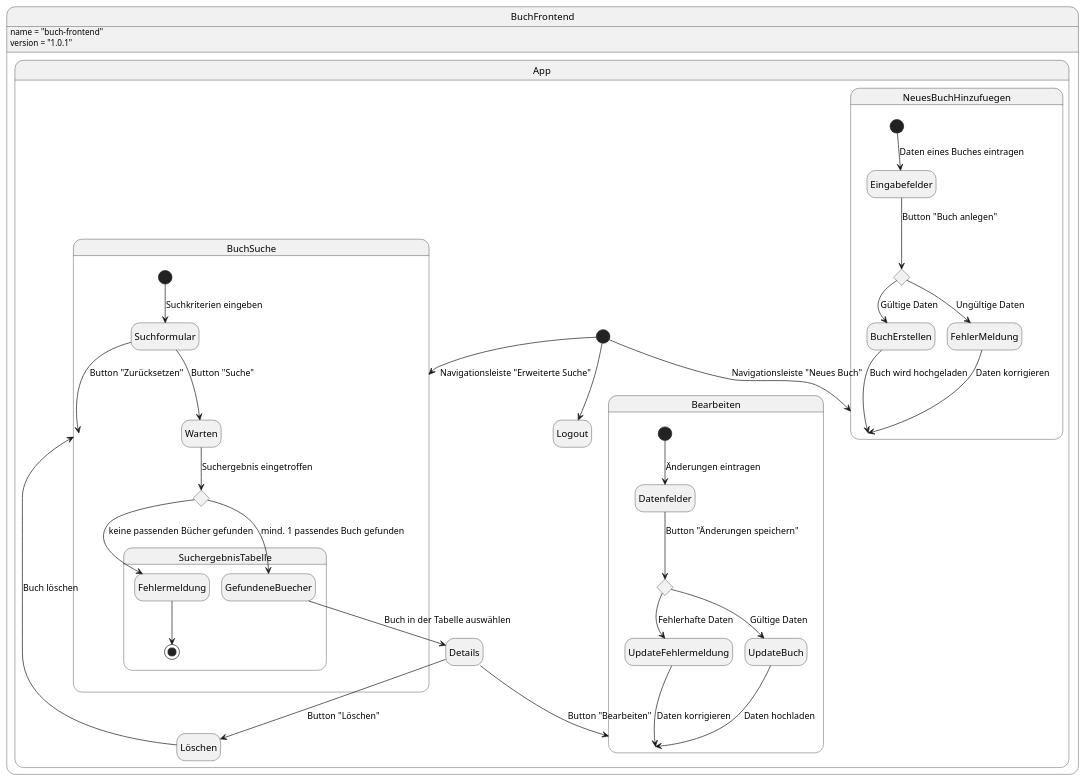
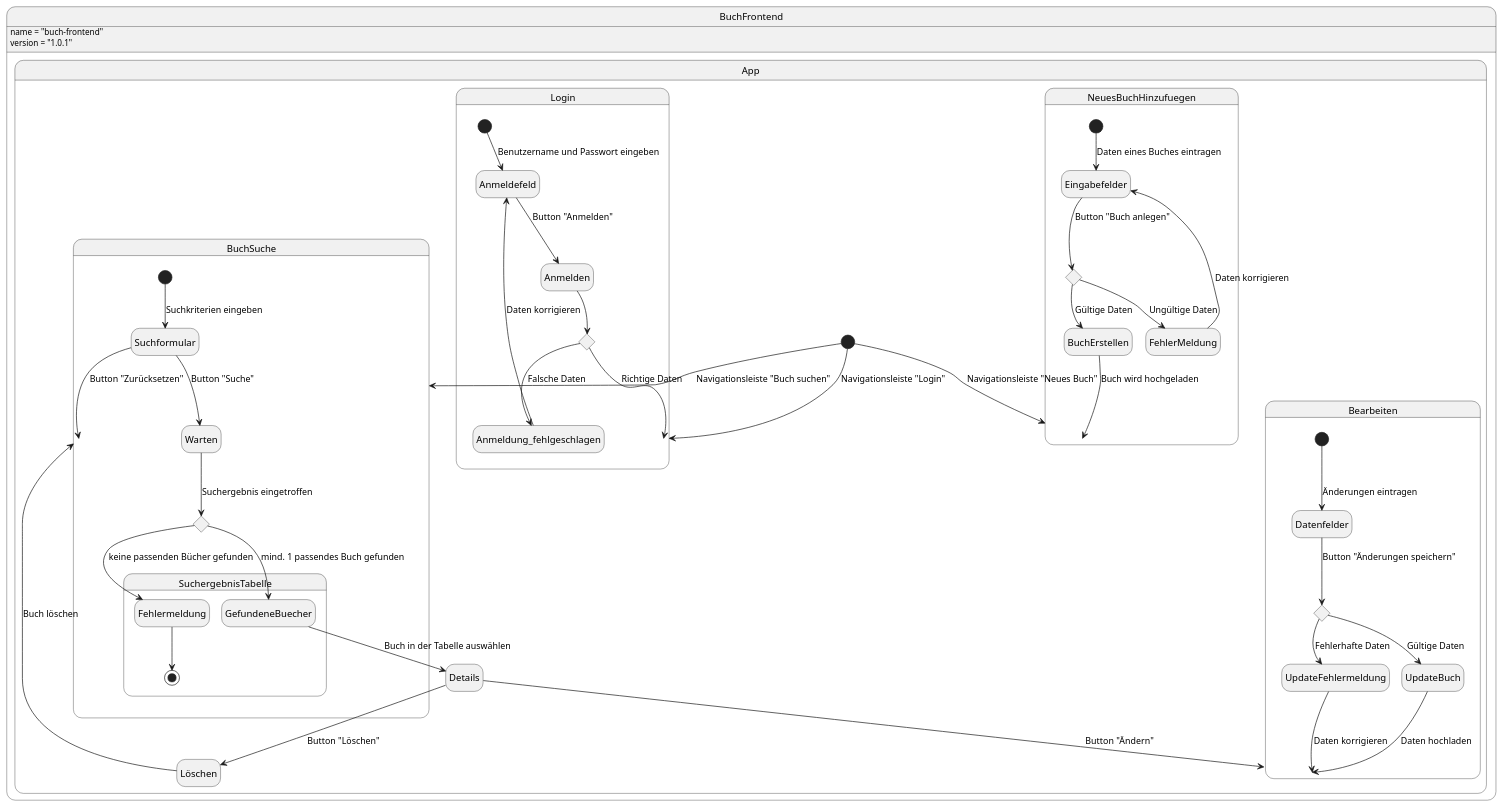
One commit to Scarrange/buch-frontend changed the diagram in .extras/doc/zustandsdiagramm.plantuml. Above: the diagram before and after it, drawn with PlantUML.

Commit message:
Zustandsdiagramm erweitert

```diff
--- a/.extras/doc/zustandsdiagramm.plantuml
+++ b/.extras/doc/zustandsdiagramm.plantuml
@@ -1,57 +1,67 @@
 @startuml Zustandsdiagramm
 ' Preview durch <Alt>d
 
 hide empty description
 state BuchFrontend {
     BuchFrontend : name = "buch-frontend"
     BuchFrontend : version = "1.0.1"
 
     state App {
-        [*] --> Logout
+        state Login {
+           [*] --> Anmeldefeld: Benutzername und Passwort eingeben
+           Anmeldefeld --> Anmelden: Button "Anmelden"
+              state Anmeldung <<choice>>
+              Anmelden --> Anmeldung
+              Anmeldung --> Anmeldung_fehlgeschlagen: Falsche Daten
+              Anmeldung_fehlgeschlagen --> Anmeldefeld: Daten korrigieren
+              Anmeldung --> Login: Richtige Daten
+        }
 
         state BuchSuche {
             [*] --> Suchformular: Suchkriterien eingeben
             Suchformular --> Warten: Button "Suche"
             Suchformular --> BuchSuche: Button "Zurücksetzen"
             state SuchAuswahl <<choice>>
             Warten --> SuchAuswahl: Suchergebnis eingetroffen
 
             state SuchergebnisTabelle {
                 SuchAuswahl --> GefundeneBuecher: mind. 1 passendes Buch gefunden
                 SuchAuswahl --> Fehlermeldung: keine passenden Bücher gefunden
                 Fehlermeldung --> [*]
             }
         }
-        Details --> Bearbeiten: Button "Bearbeiten"
+        Details --> Bearbeiten: Button "Ändern"
         Details --> Löschen: Button "Löschen"
         Löschen --> BuchSuche: Buch löschen
 
         state Bearbeiten {
             [*] --> Datenfelder: Änderungen eintragen
-            state UpdateAuswahl <<choice>> 
+            state UpdateAuswahl <<choice>>
             Datenfelder --> UpdateAuswahl: Button "Änderungen speichern"
             UpdateAuswahl --> UpdateFehlermeldung: Fehlerhafte Daten
             UpdateAuswahl --> UpdateBuch: Gültige Daten
             UpdateBuch --> Bearbeiten: Daten hochladen
             UpdateFehlermeldung --> Bearbeiten: Daten korrigieren
         }
 
-        [*] --> BuchSuche: Navigationsleiste "Erweiterte Suche"
+        [*] --> Login: Navigationsleiste "Login"
+
+        [*] --> BuchSuche: Navigationsleiste "Buch suchen"
         GefundeneBuecher --> Details: Buch in der Tabelle auswählen
 
         [*] --> NeuesBuchHinzufuegen: Navigationsleiste "Neues Buch"
-        
+
         state NeuesBuchHinzufuegen {
             [*] --> Eingabefelder: Daten eines Buches eintragen
             state HinzufuegenAuswahl <<choice>>
             Eingabefelder --> HinzufuegenAuswahl: Button "Buch anlegen"
             HinzufuegenAuswahl --> BuchErstellen: Gültige Daten
             HinzufuegenAuswahl --> FehlerMeldung: Ungültige Daten
             BuchErstellen --> NeuesBuchHinzufuegen: Buch wird hochgeladen
-            FehlerMeldung --> NeuesBuchHinzufuegen: Daten korrigieren
+            FehlerMeldung --> Eingabefelder: Daten korrigieren
         }
 
-        
+
     }
 }
 @enduml
```
